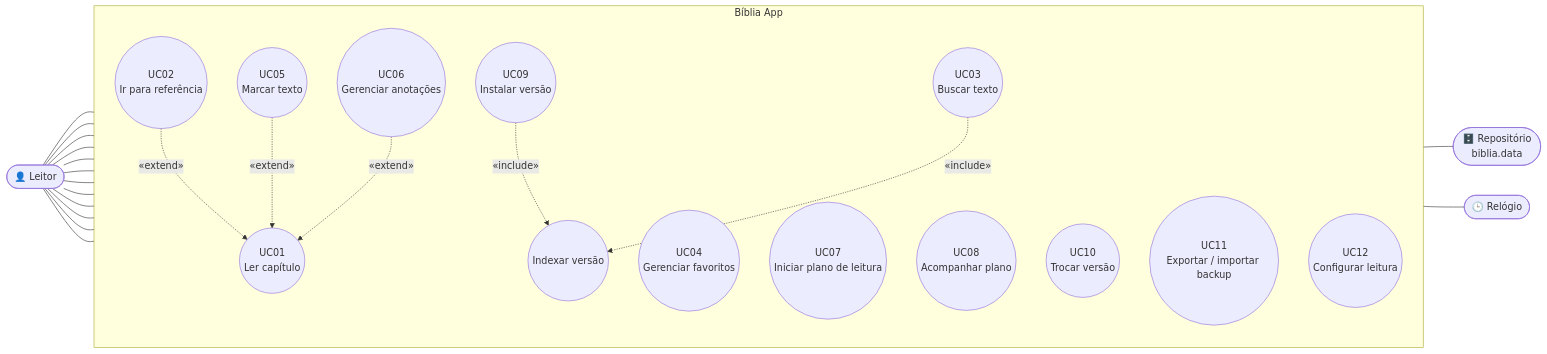
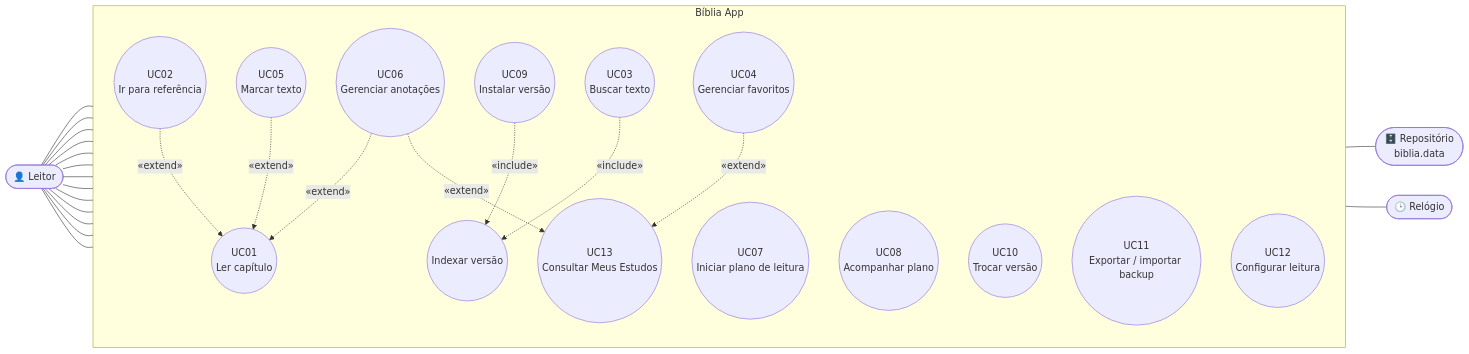
The diagram in docs/03-casos-de-uso.md (edioilha/biblia-app), drawn with Mermaid before and after one commit. The commit also changed other lines of this file and 3 other files, not shown here.

First line of the commit message:
docs: adiciona Meus Estudos (F10, RF09, UC13) aos documentos 01–04

````diff
--- a/docs/03-casos-de-uso.md
+++ b/docs/03-casos-de-uso.md
@@ -15,35 +15,38 @@
 ```mermaid
 flowchart LR
     leitor(["👤 Leitor"])
     repo(["🗄️ Repositório<br/>biblia.data"])
     relogio(["🕒 Relógio"])
 
     subgraph sistema["Bíblia App"]
         direction TB
         UC01(("UC01<br/>Ler capítulo"))
         UC02(("UC02<br/>Ir para referência"))
         UC03(("UC03<br/>Buscar texto"))
         UC04(("UC04<br/>Gerenciar favoritos"))
         UC05(("UC05<br/>Marcar texto"))
         UC06(("UC06<br/>Gerenciar anotações"))
         UC07(("UC07<br/>Iniciar plano de leitura"))
         UC08(("UC08<br/>Acompanhar plano"))
         UC09(("UC09<br/>Instalar versão"))
         UC10(("UC10<br/>Trocar versão"))
         UC11(("UC11<br/>Exportar / importar backup"))
         UC12(("UC12<br/>Configurar leitura"))
+        UC13(("UC13<br/>Consultar Meus Estudos"))
         UCI(("Indexar versão"))
     end
 
     leitor --- UC01 & UC02 & UC03 & UC04 & UC05 & UC06
-    leitor --- UC07 & UC08 & UC09 & UC10 & UC11 & UC12
+    leitor --- UC07 & UC08 & UC09 & UC10 & UC11 & UC12 & UC13
 
     UC02 -. "«extend»" .-> UC01
     UC05 -. "«extend»" .-> UC01
     UC06 -. "«extend»" .-> UC01
     UC09 -. "«include»" .-> UCI
     UC03 -. "«include»" .-> UCI
+    UC04 -. "«extend»" .-> UC13
+    UC06 -. "«extend»" .-> UC13
 
     UC09 --- repo
     UC08 --- relogio
 ```
````
